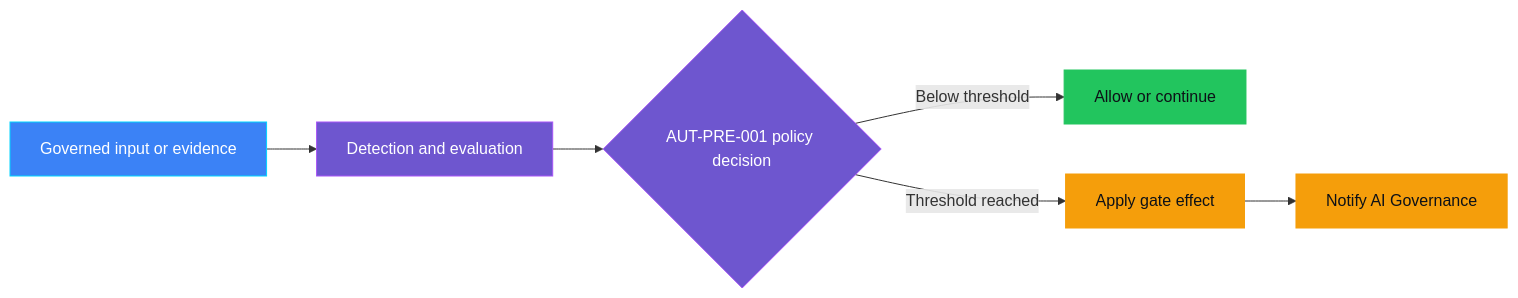
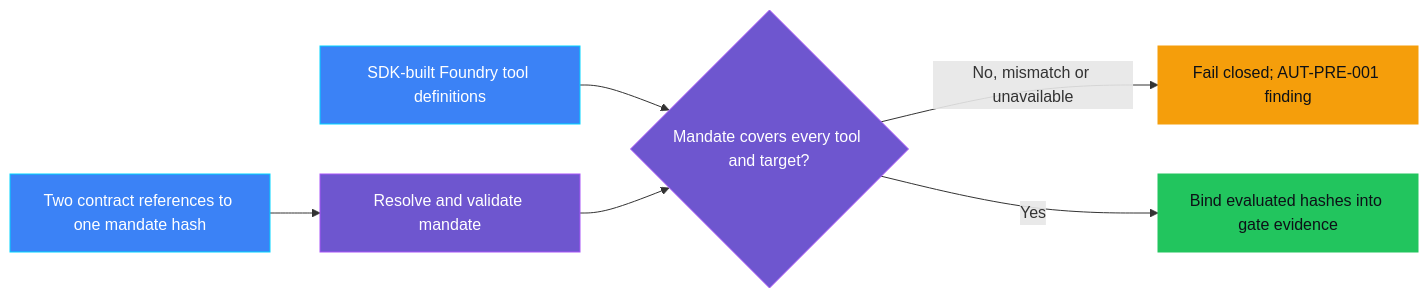
One commit to doruit/forged-with-foundry changed the diagram in controls/autonomy_and_human_oversight/AUT-PRE-001_autonomy_boundary_undefined/README.md. Above: the diagram before and after it, drawn with Mermaid. The commit also changed other lines of this file and 6 other files, not shown here.

First line of the commit message:
Refine AUT-002 and AUT-PRE-001 documentation; enhance clarity on irreversible actions and human oversight gates

````diff
--- a/controls/autonomy_and_human_oversight/AUT-PRE-001_autonomy_boundary_undefined/README.md
+++ b/controls/autonomy_and_human_oversight/AUT-PRE-001_autonomy_boundary_undefined/README.md
@@ -63,17 +82,17 @@
 ```mermaid
 flowchart LR
-    I[Governed input or evidence] --> D[Detection and evaluation]
-    D --> P{AUT-PRE-001 policy decision}
-    P -->|Below threshold| A[Allow or continue]
-    P -->|Threshold reached| E[Apply gate effect]
-    E --> O[Notify AI Governance]
+    C[Two contract references to one mandate hash] --> M[Resolve and validate mandate]
+    T[SDK-built Foundry tool definitions] --> G{Mandate covers every tool and target?}
+    M --> G
+    G -->|No, mismatch or unavailable| B[Fail closed; AUT-PRE-001 finding]
+    G -->|Yes| E[Bind evaluated hashes into gate evidence]
 
-    classDef governance fill:#6E56CF,stroke:#A855F7,color:#FFFFFF
-    classDef platform fill:#3B82F6,stroke:#00D4FF,color:#FFFFFF
-    classDef success fill:#22C55E,stroke:#22C55E,color:#0D1117
-    classDef attention fill:#F59E0B,stroke:#F59E0B,color:#0D1117
-    class D,P governance
-    class I platform
-    class A success
-    class E,O attention
+    classDef source fill:#3B82F6,stroke:#00D4FF,color:#FFFFFF
+    classDef gate fill:#6E56CF,stroke:#A855F7,color:#FFFFFF
+    classDef pass fill:#22C55E,stroke:#22C55E,color:#0D1117
+    classDef stop fill:#F59E0B,stroke:#F59E0B,color:#0D1117
+    class C,T source
+    class M,G gate
+    class E pass
+    class B stop
 ```
````
